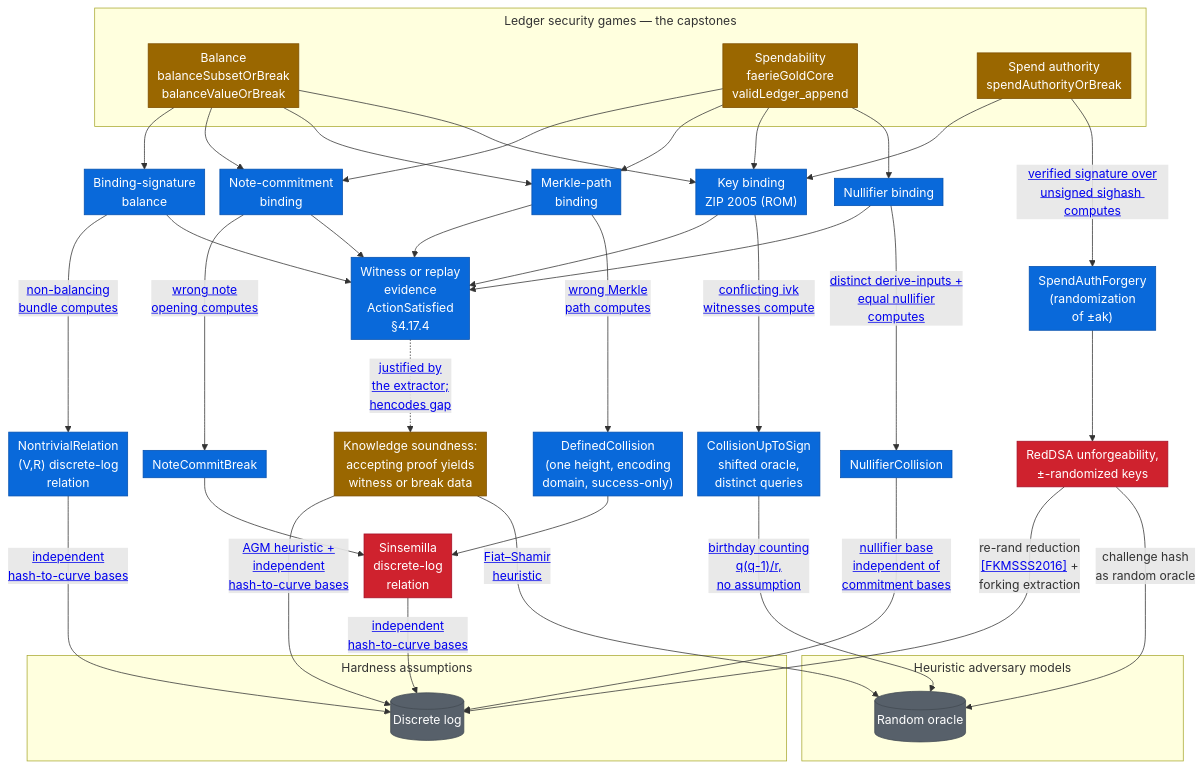
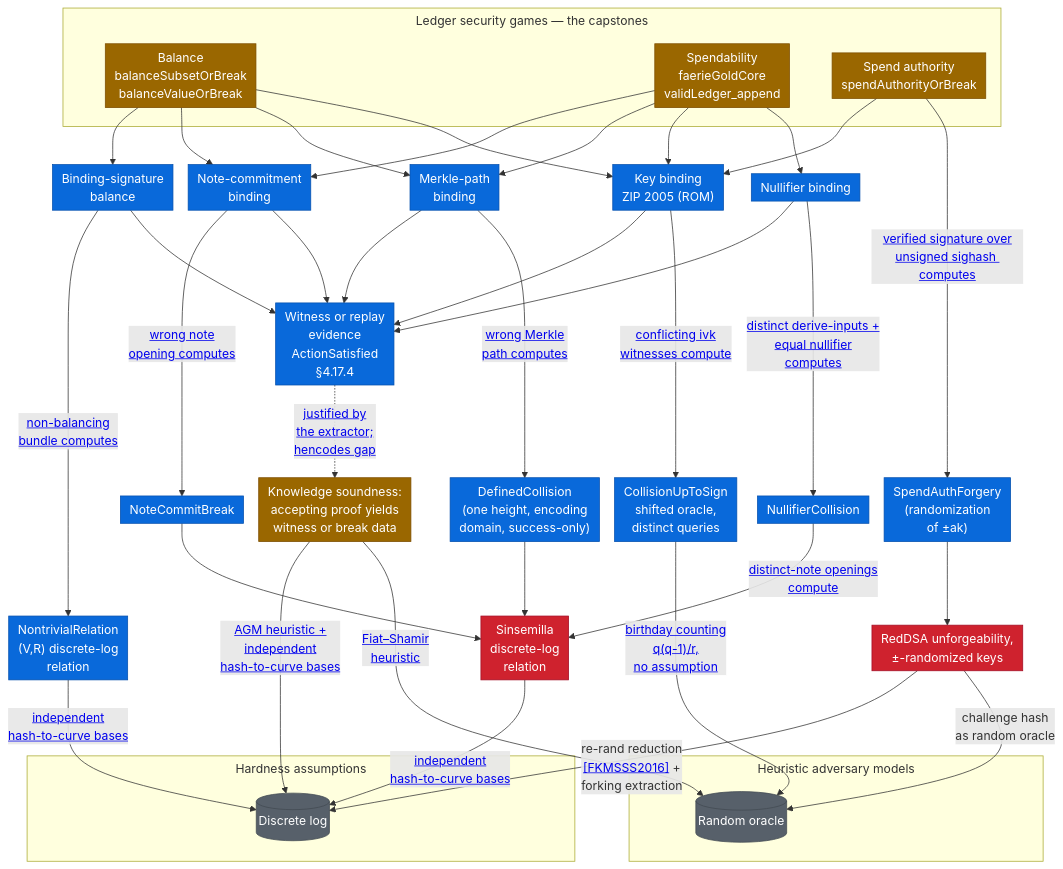
Before and after one commit to daira/ironwood: the diagram in book/src/formal-verification/security-definitions.md, drawn with Mermaid. The commit also changed other lines of this file, not shown here.

First line of the commit message:
fv: route NullifierCollision to SDLR in the security map

```diff
--- a/book/src/formal-verification/security-definitions.md
+++ b/book/src/formal-verification/security-definitions.md
@@ -69,16 +69,16 @@
   STMT -. "<a target='_blank' href='https://github.com/zcash/ironwood/blob/main/Zcash/Snark/Soundness/Composition/Bridge.lean'>justified by<br/>the extractor;<br/>hencodes gap</a>" .-> KS["Knowledge soundness:<br/>accepting proof yields<br/>witness or break data"]
   NCBK --> SDLR["Sinsemilla<br/>discrete-log<br/>relation"]
 
-  NDLR --->|"<a target='_blank' href='https://github.com/zcash/ironwood/blob/main/Zcash/Snark/Soundness/AGM/BindingSignature.lean'>independent<br/>hash-to-curve bases</a>"| DL
+  NDLR -->|"<a target='_blank' href='https://github.com/zcash/ironwood/blob/main/Zcash/Snark/Soundness/AGM/BindingSignature.lean'>independent<br/>hash-to-curve bases</a>"| DL
   SDLR -->|"<a target='_blank' href='https://github.com/zcash/ironwood/blob/main/Zcash/Snark/Soundness/AGM/BindingSignature.lean'>independent<br/>hash-to-curve bases</a>"| DL
   KS --->|"<a target='_blank' href='https://github.com/zcash/ironwood/blob/main/Zcash/Snark/Soundness/AGM/Capstone.lean'>AGM heuristic +<br/>independent<br/>hash-to-curve bases</a>"| DL
-  KS --->|"<a target='_blank' href='https://github.com/zcash/ironwood/tree/main/Zcash/Snark/Soundness/Forking'>Fiat–Shamir<br/>heuristic</a>"| ROM
+  KS -->|"<a target='_blank' href='https://github.com/zcash/ironwood/tree/main/Zcash/Snark/Soundness/Forking'>Fiat–Shamir<br/>heuristic</a>"| ROM
   MC --> SDLR
   CUS --->|"<a target='_blank' href='https://github.com/zcash/ironwood/blob/main/Zcash/Security/Common/Birthday.lean'>birthday counting<br/>q(q-1)/r,<br/>no assumption</a>"| ROM
-  NFC --->|"<a target='_blank' href='https://github.com/zcash/ironwood/blob/main/Zcash/Security/Ledger/Spendability.lean'>nullifier base<br/>independent of<br/>commitment bases</a>"| DL
+  NFC -->|"<a target='_blank' href='https://github.com/zcash/ironwood/blob/main/Zcash/Security/Ledger/Nullifier.lean'>distinct-note openings<br/>compute</a>"| SDLR
   SAF --> RDSA["RedDSA unforgeability,<br/>±-randomized keys"]
-  RDSA --->|"re-rand reduction<br/><a target='_blank' href='https://eprint.iacr.org/2015/395'>[FKMSSS2016]</a> +<br/>forking extraction"| DL
-  RDSA --->|"challenge hash<br/>as random oracle"| ROM
+  RDSA -->|"re-rand reduction<br/><a target='_blank' href='https://eprint.iacr.org/2015/395'>[FKMSSS2016]</a> +<br/>forking extraction"| DL
+  RDSA -->|"challenge hash<br/>as random oracle"| ROM
 
   click BAL "https://github.com/zcash/ironwood/blob/main/Zcash/Security/Ledger/Balance.lean" _blank
   click SPEND "https://github.com/zcash/ironwood/blob/main/Zcash/Security/Ledger/Spendability.lean" _blank
```
